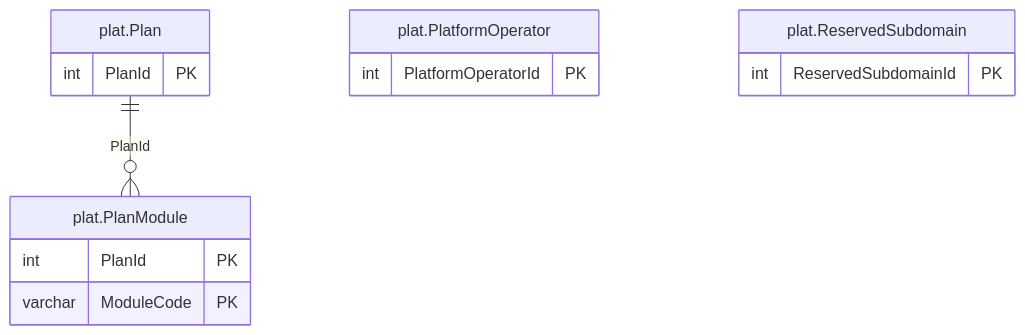
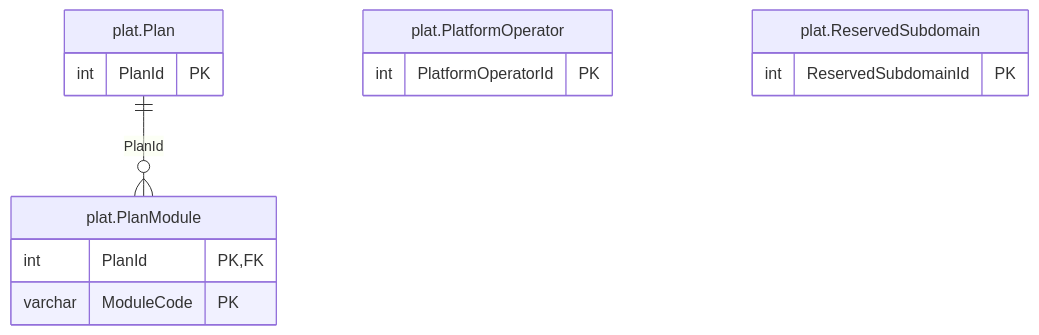
The diagram in treasury-platform/docs/diagrams/erd/m0_tenancy_1.mmd (thawrasy/smartlines), drawn with Mermaid before and after one commit. The commit also changed 139 other files, not shown here.

```diff
--- a/treasury-platform/docs/diagrams/erd/m0_tenancy_1.mmd
+++ b/treasury-platform/docs/diagrams/erd/m0_tenancy_1.mmd
@@ -1,16 +1,16 @@
 %% م0 · المشترك والاشتراكات والمشغّلون (1/2) — Tenancy & platform operators
 erDiagram
   plat_Plan["plat.Plan"] {
     int PlanId PK
   }
   plat_PlanModule["plat.PlanModule"] {
-    int PlanId PK
+    int PlanId PK, FK
     varchar ModuleCode PK
   }
   plat_PlatformOperator["plat.PlatformOperator"] {
     int PlatformOperatorId PK
   }
   plat_ReservedSubdomain["plat.ReservedSubdomain"] {
     int ReservedSubdomainId PK
   }
   plat_Plan ||--o{ plat_PlanModule : "PlanId"
```
